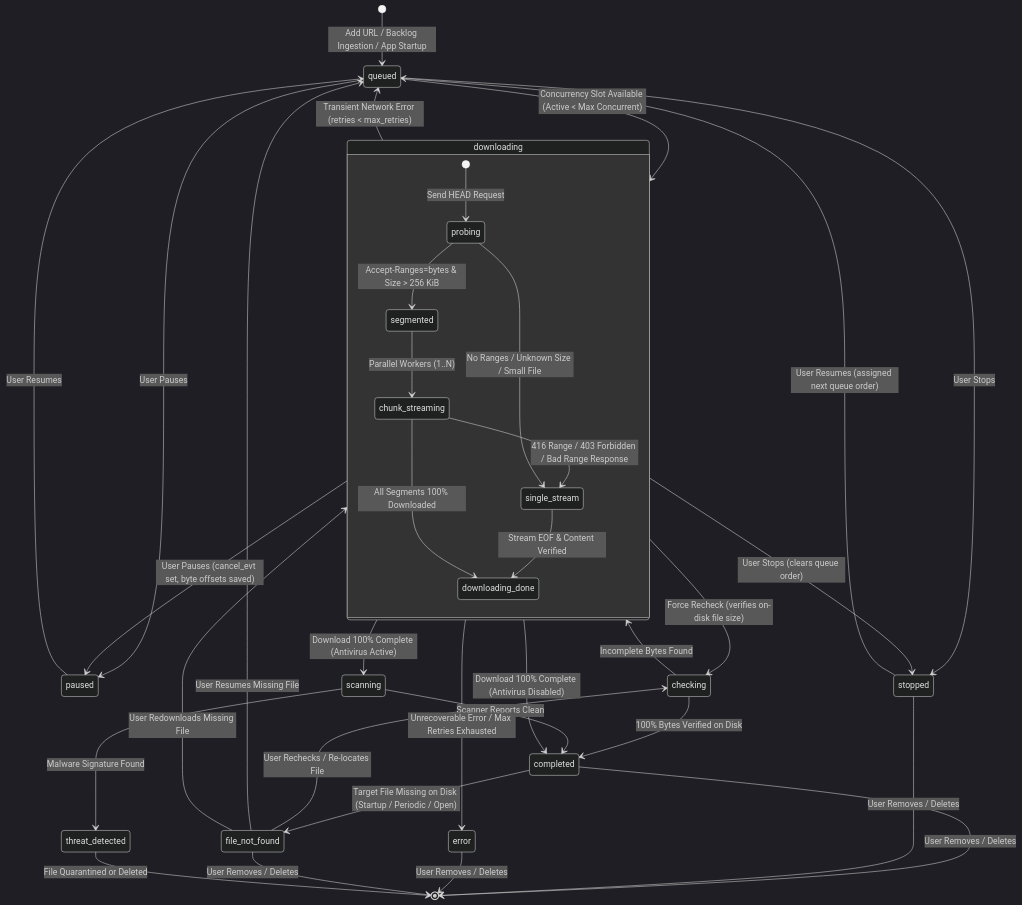
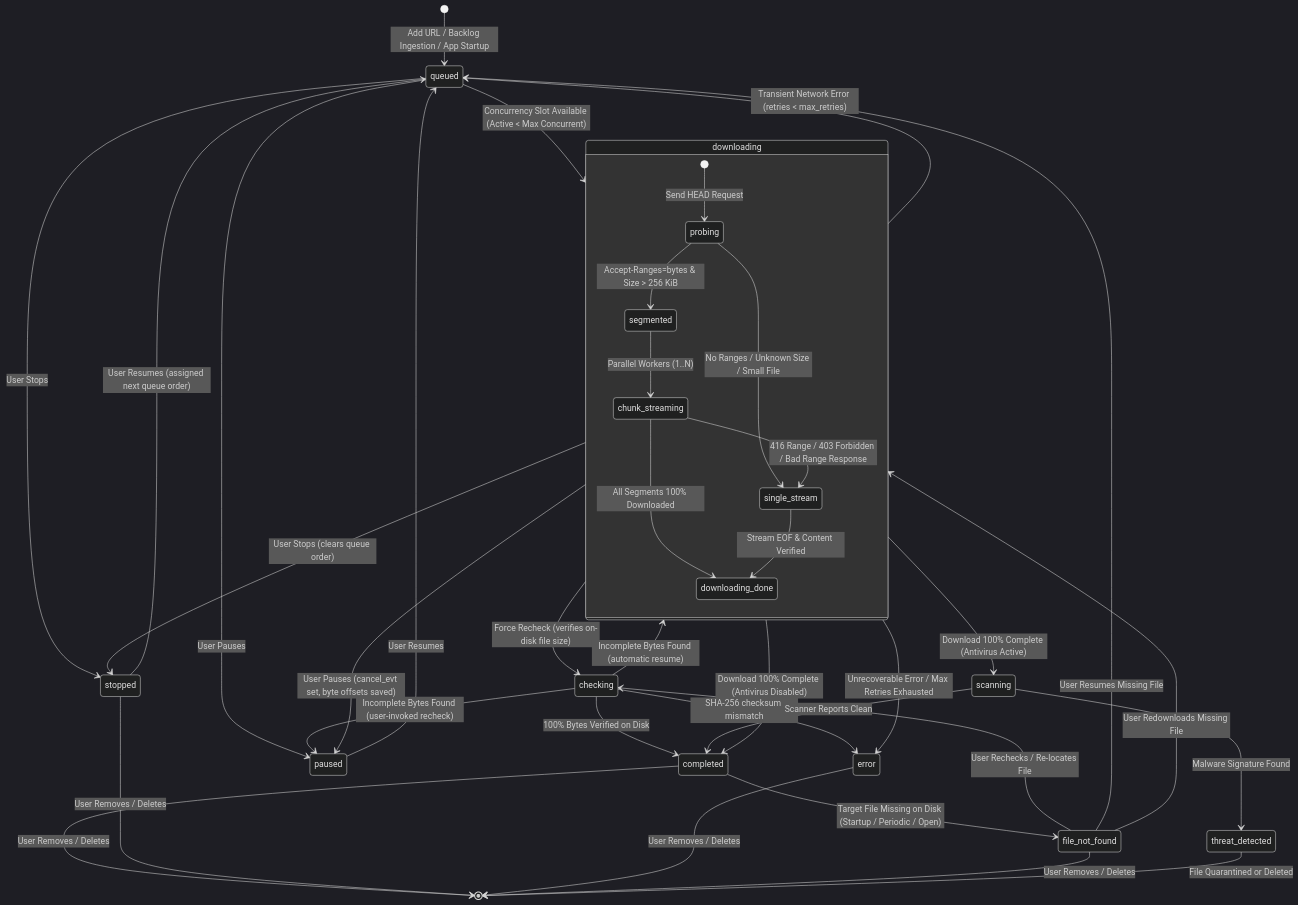
The second of 3 diagrams in docs/architecture/state-machines.md (rakeshmalik91/my-idm), drawn with Mermaid (dark theme) before and after one commit. The commit also changed other lines of this file and 8 other files, not shown here.

````diff
--- a/docs/architecture/state-machines.md
+++ b/docs/architecture/state-machines.md
@@ -132,50 +132,52 @@
 ```mermaid
 stateDiagram-v2
     [*] --> queued: Add URL / Backlog Ingestion / App Startup
 
     queued --> downloading: Concurrency Slot Available (Active < Max Concurrent)
     
     state downloading {
         [*] --> probing: Send HEAD Request
         probing --> segmented: Accept-Ranges=bytes & Size > 256 KiB
         probing --> single_stream: No Ranges / Unknown Size / Small File
         
         segmented --> chunk_streaming: Parallel Workers (1..N)
         chunk_streaming --> single_stream: 416 Range / 403 Forbidden / Bad Range Response
         
         chunk_streaming --> downloading_done: All Segments 100% Downloaded
         single_stream --> downloading_done: Stream EOF & Content Verified
     }
 
     downloading --> queued: Transient Network Error (retries < max_retries)
     downloading --> error: Unrecoverable Error / Max Retries Exhausted
     
     downloading --> paused: User Pauses (cancel_evt set, byte offsets saved)
     queued --> paused: User Pauses
     paused --> queued: User Resumes
     
     downloading --> stopped: User Stops (clears queue order)
     queued --> stopped: User Stops
     stopped --> queued: User Resumes (assigned next queue order)
     
     downloading --> checking: Force Recheck (verifies on-disk file size)
-    checking --> downloading: Incomplete Bytes Found
+    checking --> downloading: Incomplete Bytes Found (automatic resume)
+    checking --> paused: Incomplete Bytes Found (user-invoked recheck)
     checking --> completed: 100% Bytes Verified on Disk
+    checking --> error: SHA-256 checksum mismatch
     
     downloading --> scanning: Download 100% Complete (Antivirus Active)
     downloading --> completed: Download 100% Complete (Antivirus Disabled)
     
     scanning --> completed: Scanner Reports Clean
     scanning --> threat_detected: Malware Signature Found
     
     completed --> file_not_found: Target File Missing on Disk (Startup / Periodic / Open)
     file_not_found --> checking: User Rechecks / Re-locates File
     file_not_found --> downloading: User Redownloads Missing File
     file_not_found --> queued: User Resumes Missing File
     
     completed --> [*]: User Removes / Deletes
     stopped --> [*]: User Removes / Deletes
     error --> [*]: User Removes / Deletes
     file_not_found --> [*]: User Removes / Deletes
     threat_detected --> [*]: File Quarantined or Deleted
 ```
````
